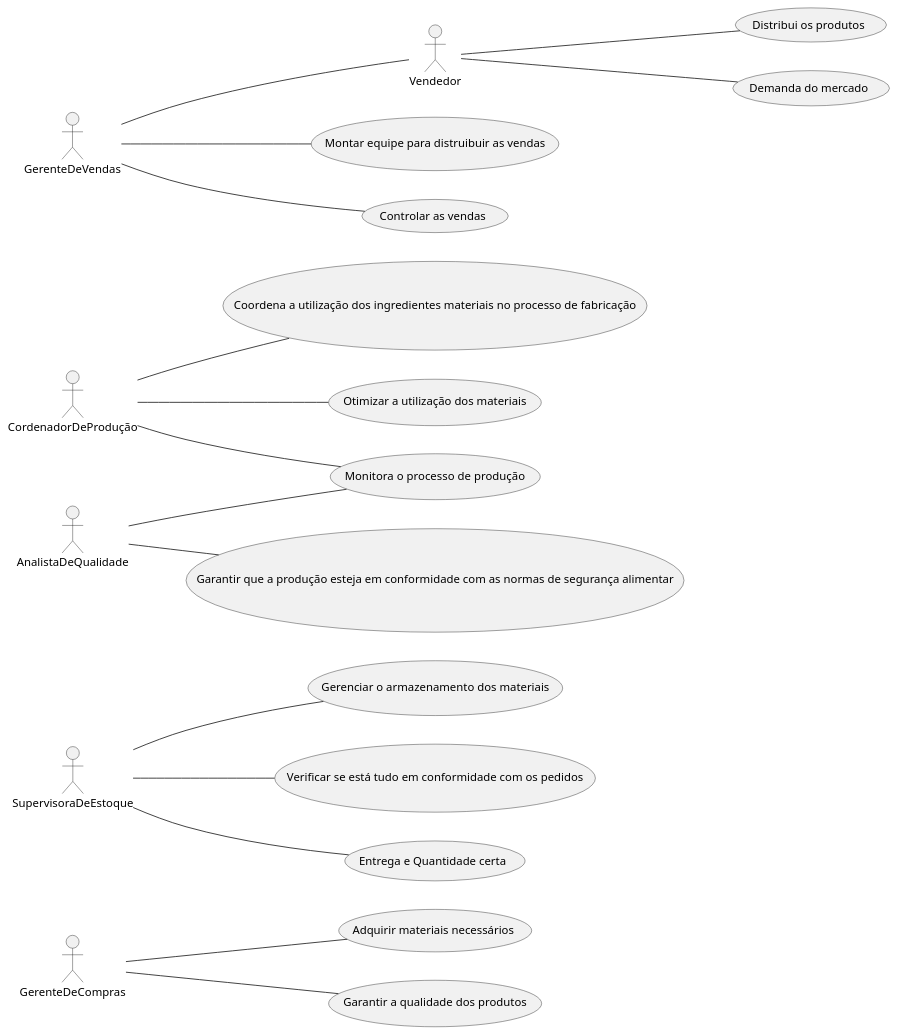
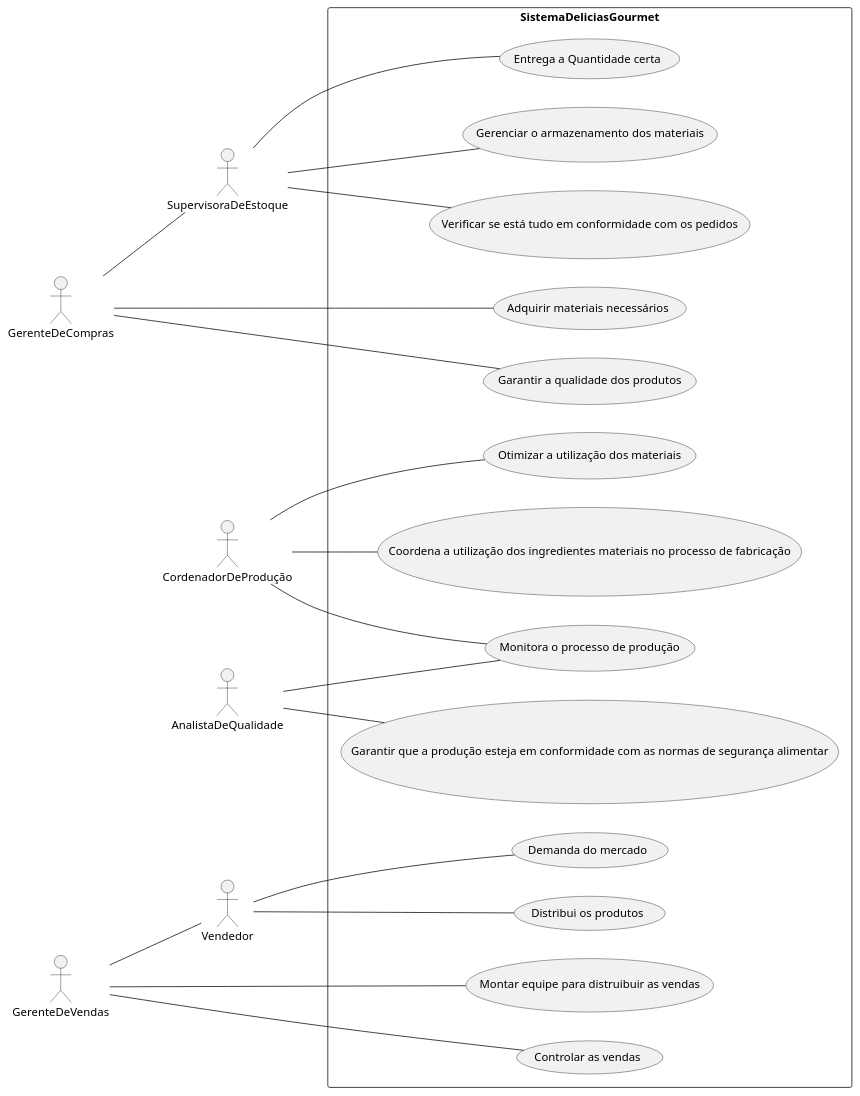
Before and after one commit to gabrielcallai/eng1: the diagram in Gourmet_atualizado.puml, drawn with PlantUML.

```diff
--- a/Gourmet_atualizado.puml
+++ b/Gourmet_atualizado.puml
@@ -1,41 +1,45 @@
 @startuml 
     
 left to right direction
 
 actor GerenteDeCompras as gc
 actor SupervisoraDeEstoque as se
 actor CordenadorDeProdução as cp
 actor AnalistaDeQualidade as aq
 actor Vendedor as vd
 actor GerenteDeVendas as gv
 
+rectangle "SistemaDeliciasGourmet"{
 usecase "Adquirir materiais necessários" as amn
 usecase "Garantir a qualidade dos produtos" as gqdp
 usecase "Gerenciar o armazenamento dos materiais" as gadm
 usecase "Verificar se está tudo em conformidade com os pedidos" as vcp
+usecase "Entrega a Quantidade certa" as eqc
 usecase "Coordena a utilização dos ingredientes materiais no processo de fabricação" as cuimpf
-usecase "Entrega e Quantidade certa" as eqc
 usecase "Otimizar a utilização dos materiais" as oudm
 usecase "Monitora o processo de produção" as mpdp
 usecase "Garantir que a produção esteja em conformidade com as normas de segurança alimentar" as gpec
+usecase "Montar equipe para distruibuir as vendas" as dv
+usecase "Controlar as vendas" as cav
 usecase "Distribui os produtos" as dop
 usecase "Demanda do mercado" as ddm
-usecase "Montar equipe para distruibuir as vendas" as dv
-usecase "Controlar as vendas" as cav
+}
+
 gc -- amn
 gc -- gqdp
 se -- gadm
 se -- vcp
 cp -- cuimpf
 se -- eqc
 cp -- oudm
 cp -- mpdp
 aq -- mpdp
 aq -- gpec
 vd -- dop
 vd -- ddm
 gv -- vd
 gv -- cav
 gv -- dv
+gc -- se
 
 @endluml
```
